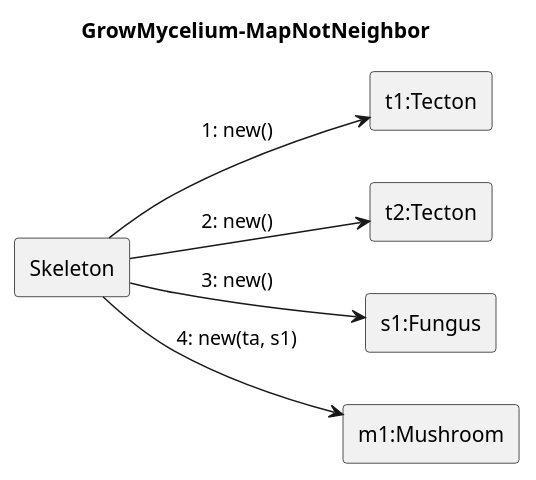
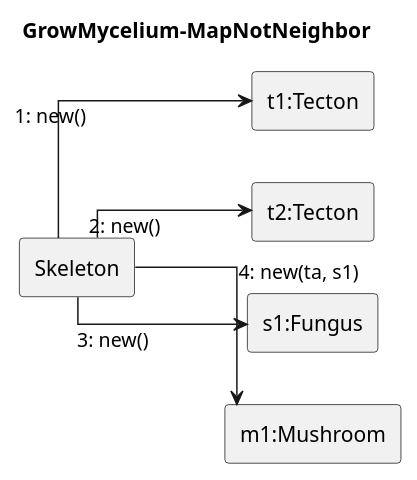
One commit to ZD4ve/projlab-error521 changed the diagram in Skeleton/Grow-mycelium/map-not-neighbor.pu. Above: the diagram before and after it, drawn with PlantUML. The commit also changed 6 other files, not shown here.

```diff
--- a/Skeleton/Grow-mycelium/map-not-neighbor.pu
+++ b/Skeleton/Grow-mycelium/map-not-neighbor.pu
@@ -1,19 +1,19 @@
 @startuml
-skinparam linestyle ortho
+skinparam linetype ortho
 left to right direction
 title GrowMycelium-MapNotNeighbor
 
 rectangle Skeleton
 
 rectangle "t1:Tecton" as t1
 rectangle "t2:Tecton" as t2
 rectangle "s1:Fungus" as s1
 rectangle "m1:Mushroom" as m1
 
 Skeleton --> t1: 1: new()
 Skeleton --> t2: 2: new()
 Skeleton --> s1: 3: new()
 Skeleton --> m1: 4: new(ta, s1)
 
 
 @enduml
```
